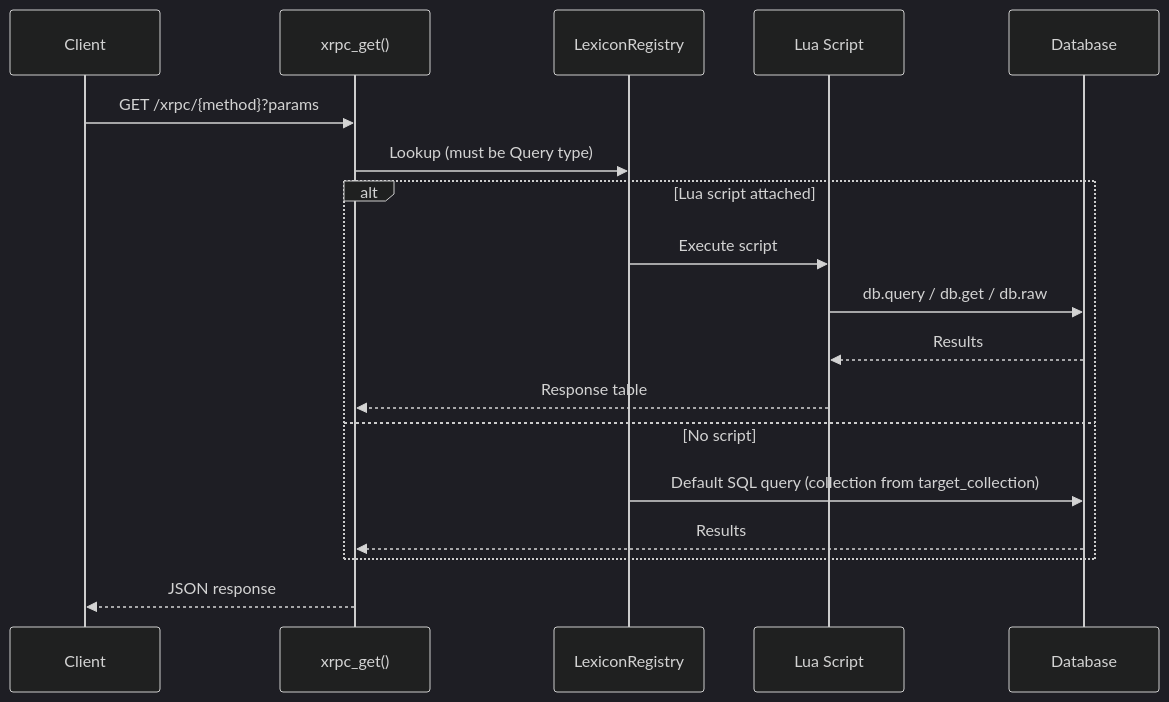
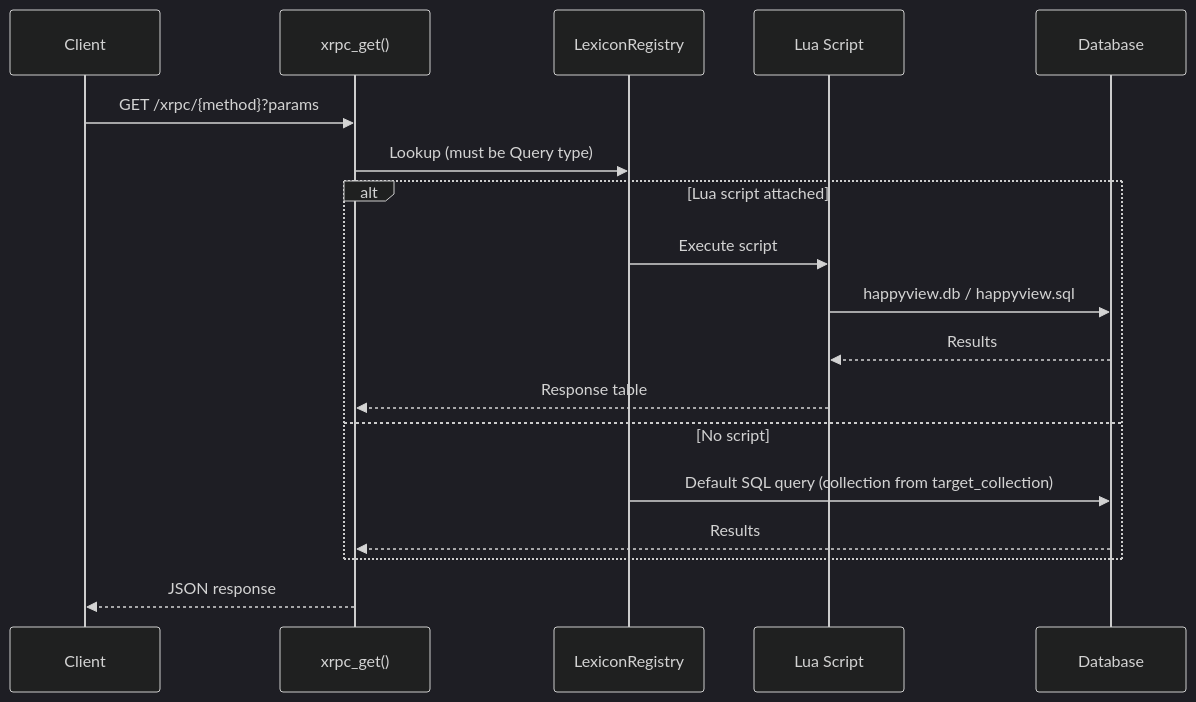
One commit to happyproto/happyview-docs changed the second of 6 diagrams in content/docs/reference/architecture.md. Above: the diagram before and after it, drawn with Mermaid (dark theme). The commit also changed other lines of this file and 54 other files, not shown here.

````diff
--- a/content/docs/reference/architecture.md
+++ b/content/docs/reference/architecture.md
@@ -44,21 +44,21 @@
 ```mermaid
 sequenceDiagram
     participant C as Client
     participant X as xrpc_get()
     participant R as LexiconRegistry
     participant L as Lua Script
     participant D as Database
 
     C->>X: GET /xrpc/{method}?params
     X->>R: Lookup (must be Query type)
     alt Lua script attached
         R->>L: Execute script
-        L->>D: db.query / db.get / db.raw
+        L->>D: happyview.db / happyview.sql
         D-->>L: Results
         L-->>X: Response table
     else No script
         R->>D: Default SQL query (collection from target_collection)
         D-->>X: Results
     end
     X-->>C: JSON response
 ```
````
